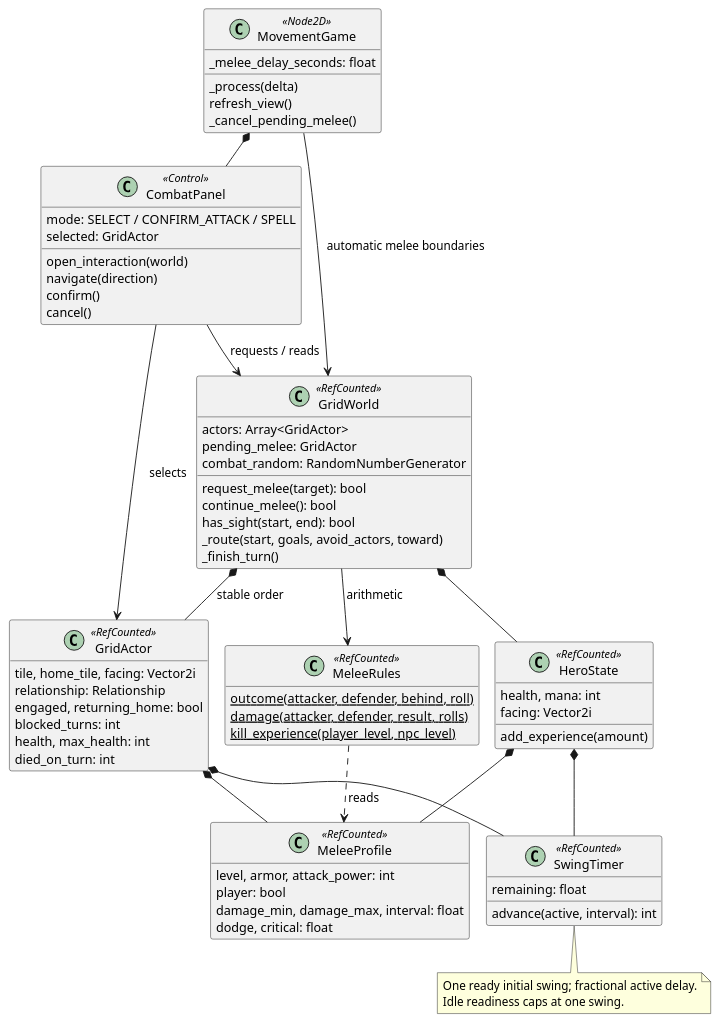
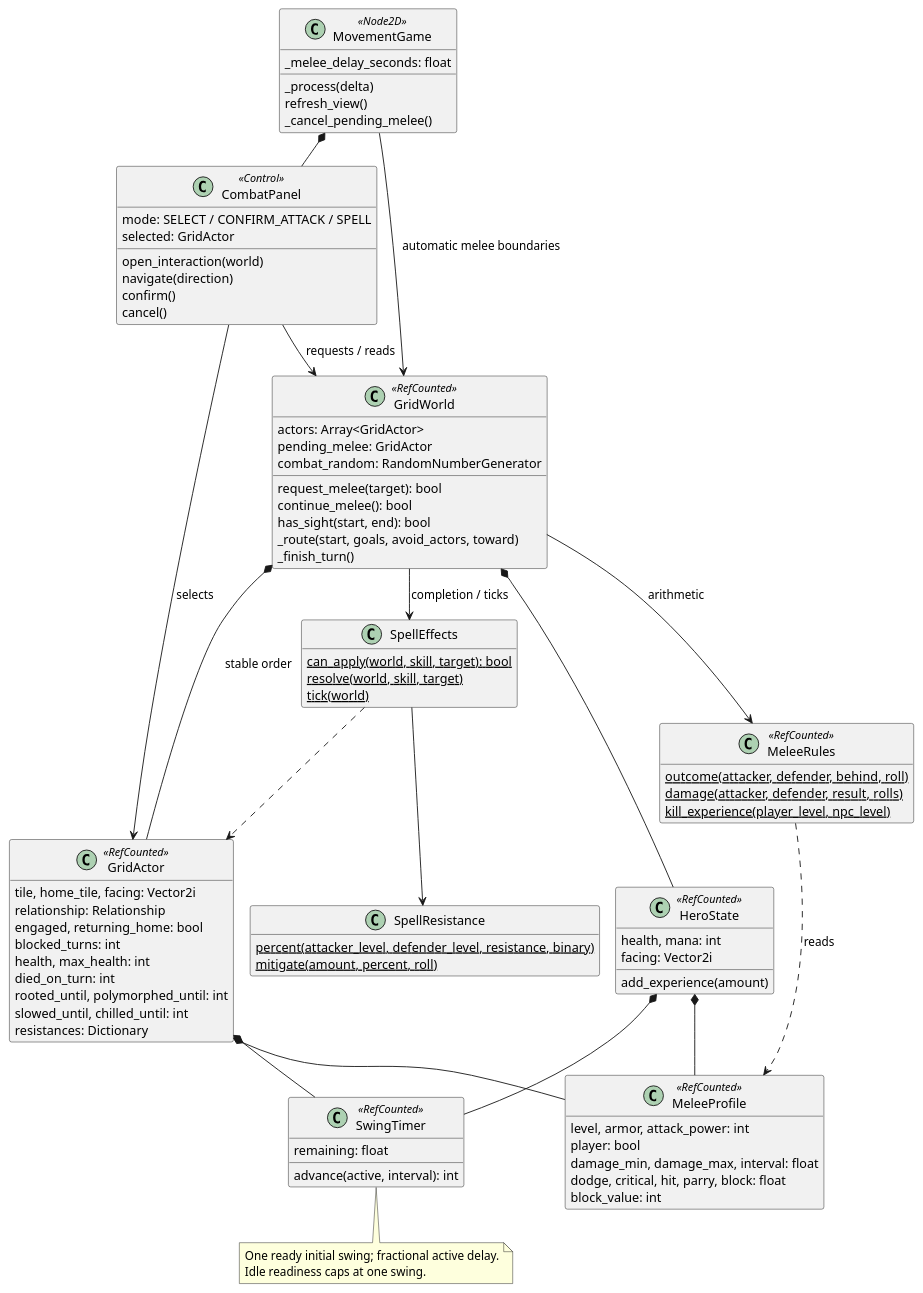
Before and after one commit to VHonzik/Ostinato: the diagram in docs/architecture/classes/combat.puml, drawn with PlantUML. The commit also changed 48 other files, not shown here.

```diff
--- a/docs/architecture/classes/combat.puml
+++ b/docs/architecture/classes/combat.puml
@@ -1,77 +1,94 @@
 @startuml
 !pragma layout smetana
 skinparam shadowing false
 skinparam classAttributeIconSize 0
 hide empty members
 
 class MovementGame <<Node2D>> {
   _melee_delay_seconds: float
   _process(delta)
   refresh_view()
   _cancel_pending_melee()
 }
 class CombatPanel <<Control>> {
   mode: SELECT / CONFIRM_ATTACK / SPELL
   selected: GridActor
   open_interaction(world)
   navigate(direction)
   confirm()
   cancel()
 }
 class GridWorld <<RefCounted>> {
   actors: Array<GridActor>
   pending_melee: GridActor
   combat_random: RandomNumberGenerator
   request_melee(target): bool
   continue_melee(): bool
   has_sight(start, end): bool
   _route(start, goals, avoid_actors, toward)
   _finish_turn()
 }
 class GridActor <<RefCounted>> {
   tile, home_tile, facing: Vector2i
   relationship: Relationship
   engaged, returning_home: bool
   blocked_turns: int
   health, max_health: int
   died_on_turn: int
+  rooted_until, polymorphed_until: int
+  slowed_until, chilled_until: int
+  resistances: Dictionary
 }
 class HeroState <<RefCounted>> {
   health, mana: int
   facing: Vector2i
   add_experience(amount)
 }
 class MeleeProfile <<RefCounted>> {
   level, armor, attack_power: int
   player: bool
   damage_min, damage_max, interval: float
-  dodge, critical: float
+  dodge, critical, hit, parry, block: float
+  block_value: int
 }
 class SwingTimer <<RefCounted>> {
   remaining: float
   advance(active, interval): int
 }
 class MeleeRules <<RefCounted>> {
   {static} outcome(attacker, defender, behind, roll)
   {static} damage(attacker, defender, result, rolls)
   {static} kill_experience(player_level, npc_level)
 }
+
+class SpellEffects {
+  {static} can_apply(world, skill, target): bool
+  {static} resolve(world, skill, target)
+  {static} tick(world)
+}
+class SpellResistance {
+  {static} percent(attacker_level, defender_level, resistance, binary)
+  {static} mitigate(amount, percent, roll)
+}
+GridWorld --> SpellEffects : completion / ticks
+SpellEffects --> SpellResistance
+SpellEffects ..> GridActor
 
 MovementGame *-- CombatPanel
 MovementGame --> GridWorld : automatic melee boundaries
 CombatPanel --> GridWorld : requests / reads
 CombatPanel --> GridActor : selects
 GridWorld *-- GridActor : stable order
 GridWorld *-- HeroState
 GridWorld --> MeleeRules : arithmetic
 GridActor *-- MeleeProfile
 HeroState *-- MeleeProfile
 GridActor *-- SwingTimer
 HeroState *-- SwingTimer
 MeleeRules ..> MeleeProfile : reads
 
 note bottom of SwingTimer
 One ready initial swing; fractional active delay.
 Idle readiness caps at one swing.
 end note
 @enduml
```
